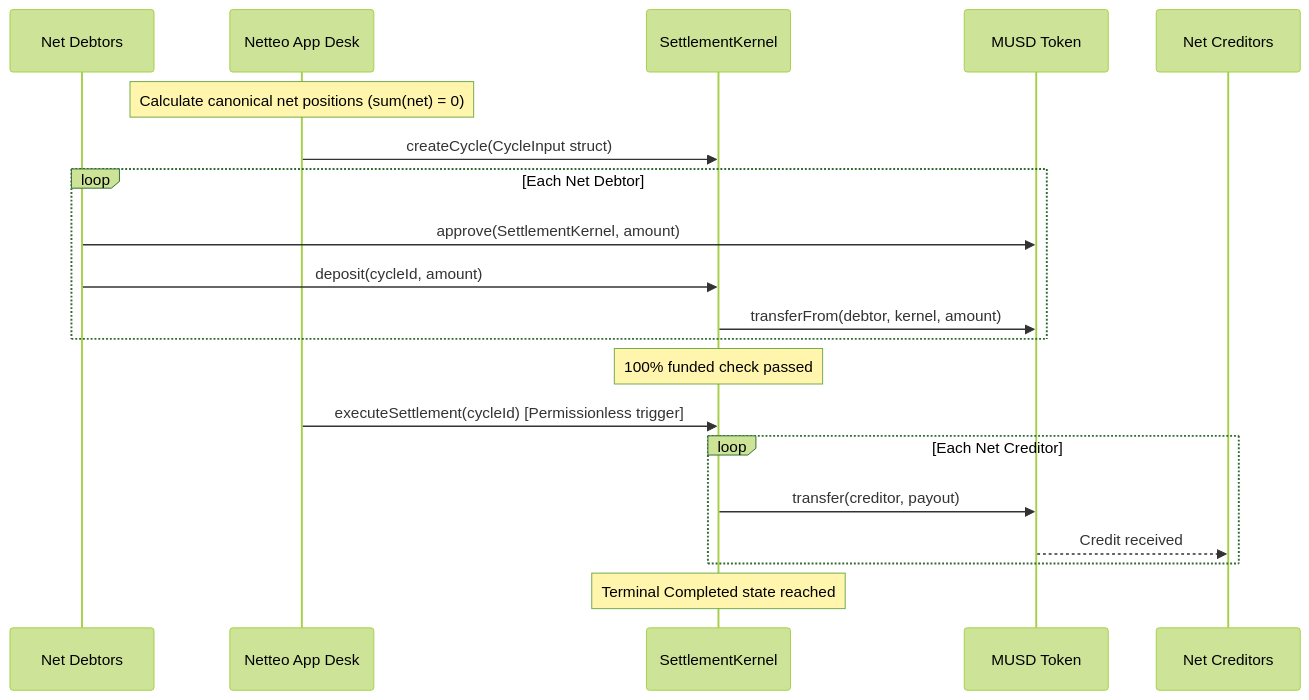
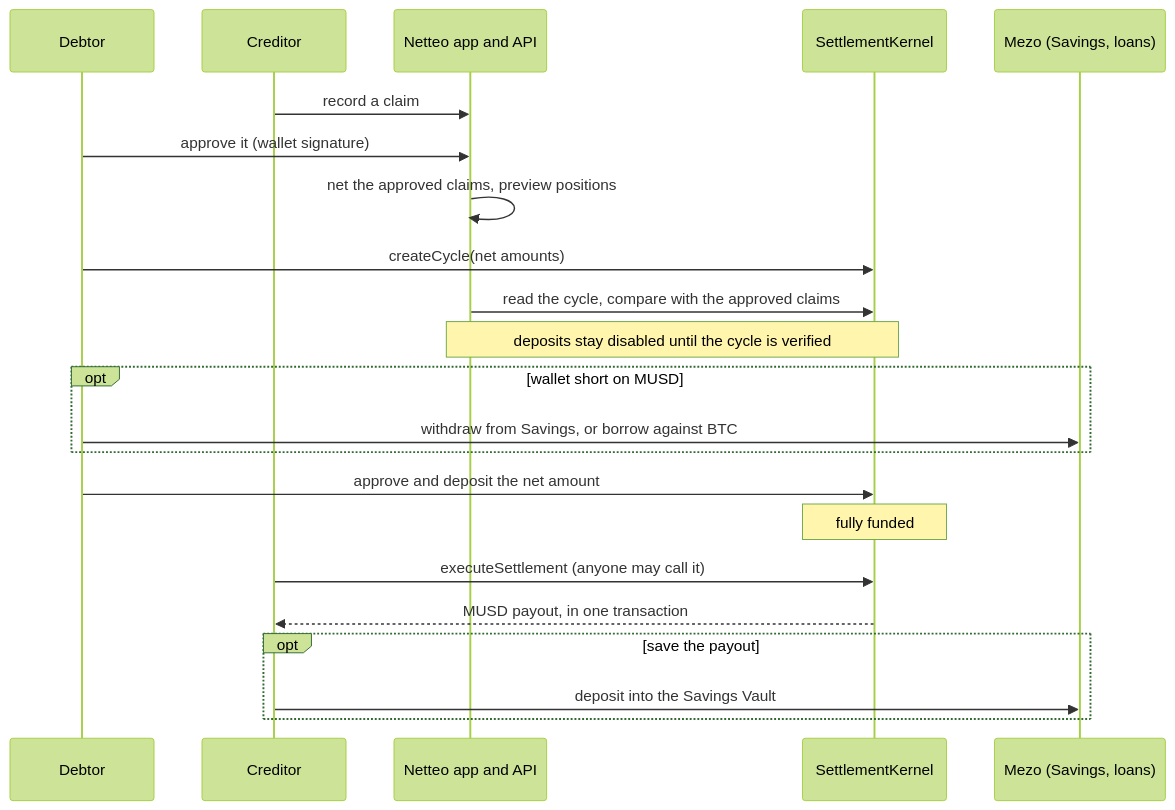
Before and after one commit to anshxft/netteo: the diagram in README.md, drawn with Mermaid (forest theme). The commit also changed other lines of this file and 10 other files, not shown here.

````diff
--- a/README.md
+++ b/README.md
@@ -95,23 +102,25 @@
 ```mermaid
 sequenceDiagram
-    participant D as Net Debtors
-    participant UI as Netteo App Desk
+    participant D as Debtor
+    participant C as Creditor
+    participant App as Netteo app and API
     participant K as SettlementKernel
-    participant M as MUSD Token
-    participant C as Net Creditors
+    participant M as Mezo (Savings, loans)
 
-    Note over UI: Calculate canonical net positions (sum(net) = 0)
-    UI->>K: createCycle(CycleInput struct)
-    loop Each Net Debtor
-        D->>M: approve(SettlementKernel, amount)
-        D->>K: deposit(cycleId, amount)
-        K->>M: transferFrom(debtor, kernel, amount)
+    C->>App: record a claim
+    D->>App: approve it (wallet signature)
+    App->>App: net the approved claims, preview positions
+    D->>K: createCycle(net amounts)
+    App->>K: read the cycle, compare with the approved claims
+    Note over App,K: deposits stay disabled until the cycle is verified
+    opt wallet short on MUSD
+        D->>M: withdraw from Savings, or borrow against BTC
     end
-    Note over K: 100% funded check passed
-    UI->>K: executeSettlement(cycleId) [Permissionless trigger]
-    loop Each Net Creditor
-        K->>M: transfer(creditor, payout)
-        M-->>C: Credit received
+    D->>K: approve and deposit the net amount
+    Note over K: fully funded
+    C->>K: executeSettlement (anyone may call it)
+    K-->>C: MUSD payout, in one transaction
+    opt save the payout
+        C->>M: deposit into the Savings Vault
     end
-    Note over K: Terminal Completed state reached
 ```
````
